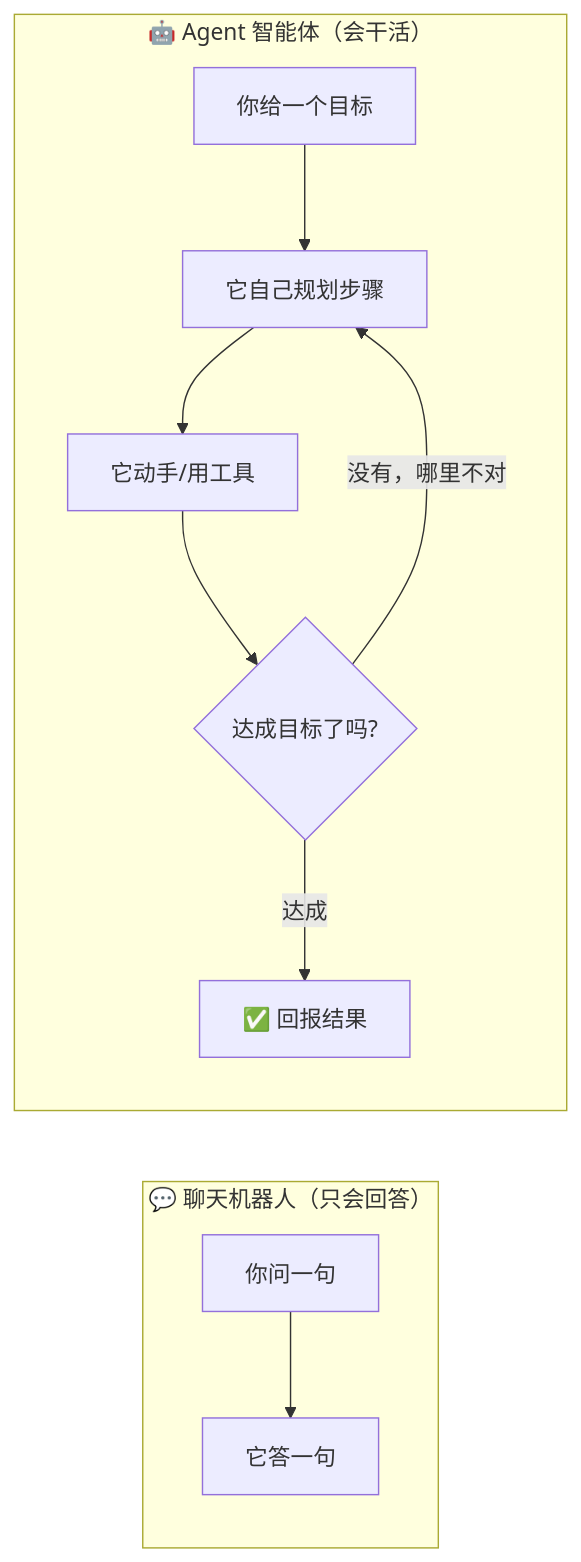
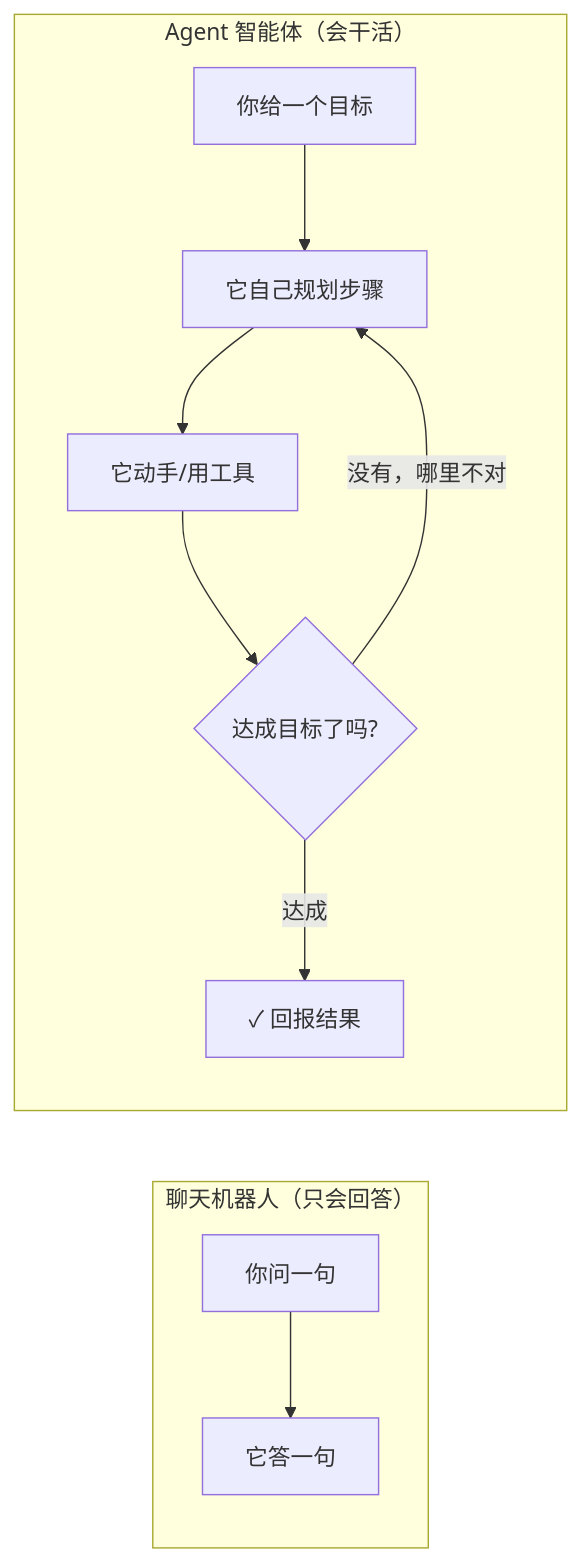
Before and after one commit to luckykhy/KhyAiHub: the first of 5 diagrams in docs/02_CONCEPTS_概念入门/CONCEPT/[CONCEPT-01] 什么是Agent-智能体.md, drawn with Mermaid. The commit also changed other lines of this file and 19 other files, not shown here.

````diff
--- a/docs/02_CONCEPTS_概念入门/CONCEPT/[CONCEPT-01] 什么是Agent-智能体.md
+++ b/docs/02_CONCEPTS_概念入门/CONCEPT/[CONCEPT-01] 什么是Agent-智能体.md
@@ -61,13 +61,13 @@
 ```mermaid
 flowchart LR
-  subgraph 聊天机器人["💬 聊天机器人（只会回答）"]
+  subgraph 聊天机器人["聊天机器人（只会回答）"]
     Q1[你问一句] --> A1[它答一句]
   end
-  subgraph Agent["🤖 Agent 智能体（会干活）"]
+  subgraph Agent["Agent 智能体（会干活）"]
     G[你给一个目标] --> P[它自己规划步骤]
     P --> ACT[它动手/用工具]
     ACT --> CHK{达成目标了吗?}
     CHK -- 没有，哪里不对 --> P
-    CHK -- 达成 --> DONE[✅ 回报结果]
+    CHK -- 达成 --> DONE[✓ 回报结果]
   end
 ```
````
